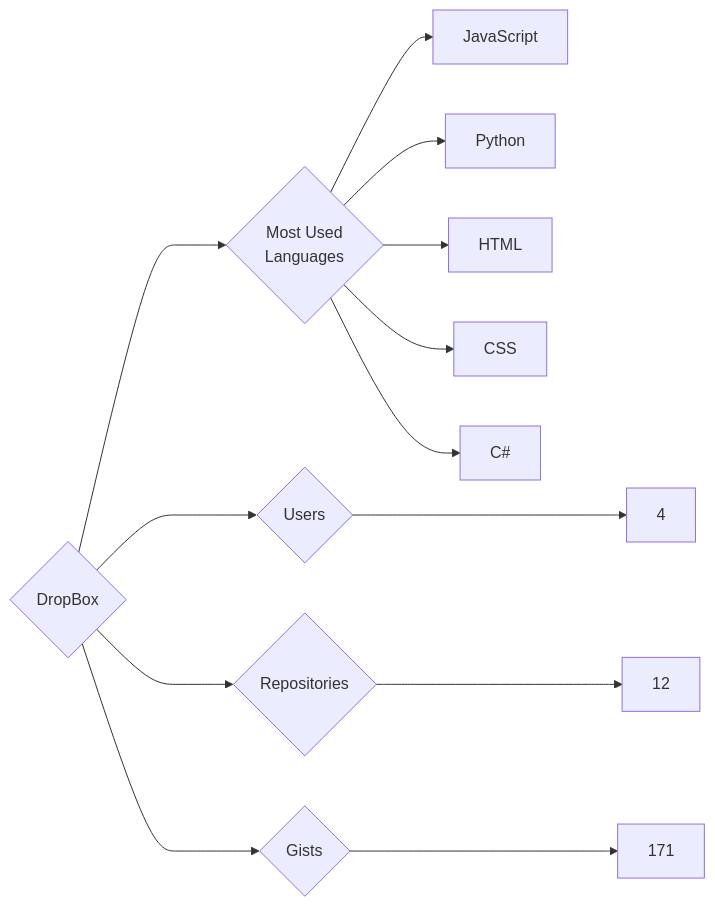
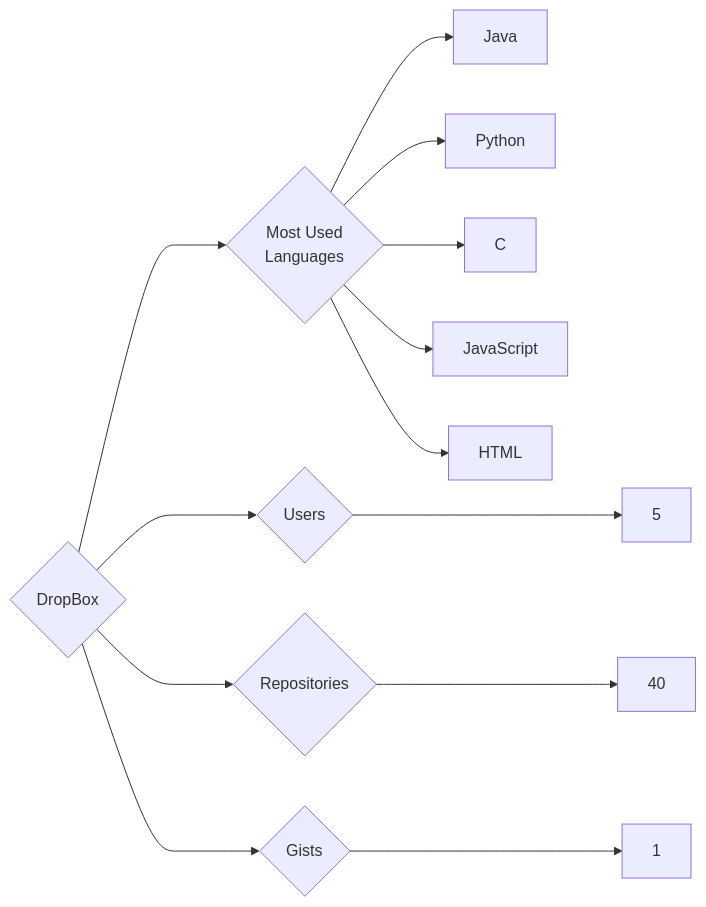
Before and after one commit to trickest/insiders: the diagram in targets/DropBox/README.md, drawn with Mermaid. The commit also changed 997 other files, not shown here.

````diff
--- a/targets/DropBox/README.md
+++ b/targets/DropBox/README.md
@@ -3,13 +3,13 @@
 ```mermaid
 graph LR
 COMPANY_NAME{DropBox}
-COMPANY_NAME ---> U{Users} ---> UN[4]
-COMPANY_NAME ---> R{Repositories} ---> RN[12]
-COMPANY_NAME ---> G{Gists} ---> GN[171]
+COMPANY_NAME ---> U{Users} ---> UN[5]
+COMPANY_NAME ---> R{Repositories} ---> RN[40]
+COMPANY_NAME ---> G{Gists} ---> GN[1]
 COMPANY_NAME ---> ML{Most Used<br>Languages}
+ML --> Java[Java]
+ML --> Python[Python]
+ML --> C[C]
 ML --> JavaScript[JavaScript]
-ML --> Python[Python]
 ML --> HTML[HTML]
-ML --> CSS[CSS]
-ML --> C#[C#]
 ```
````
